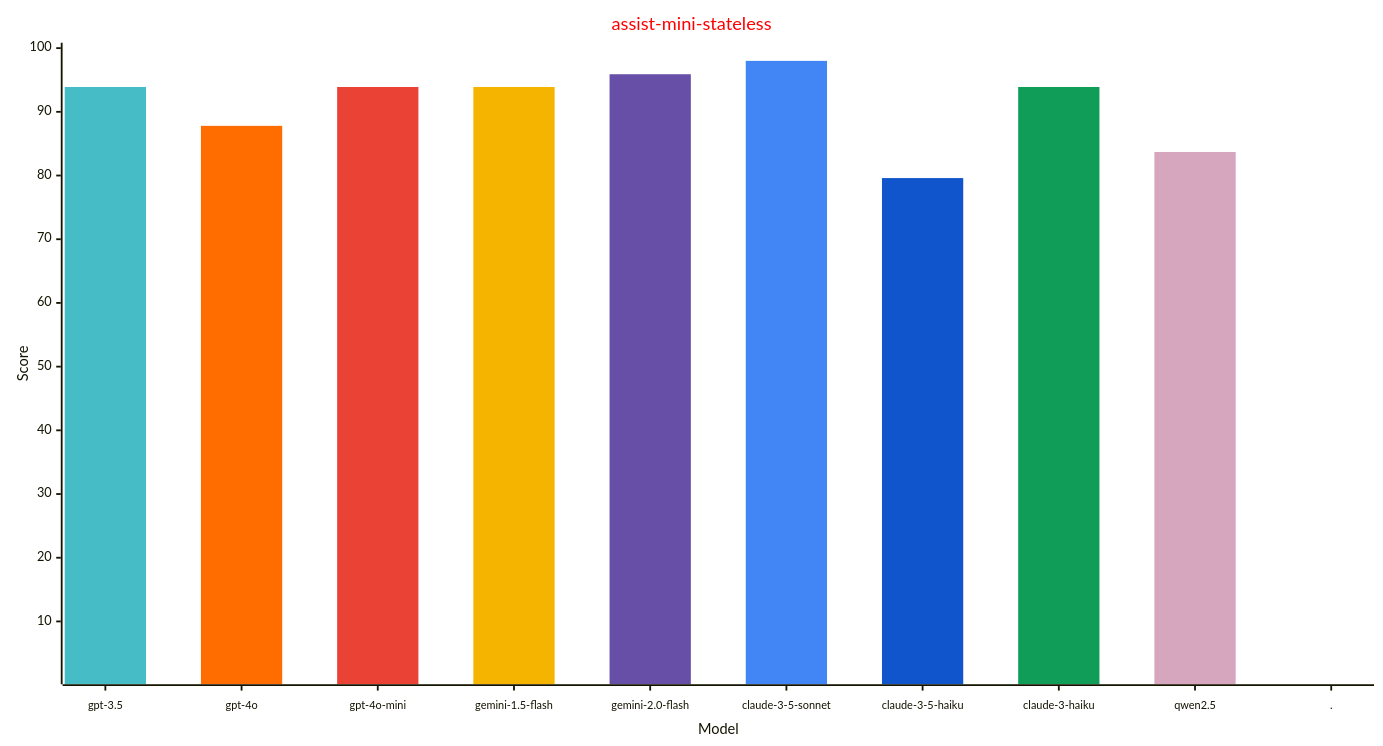
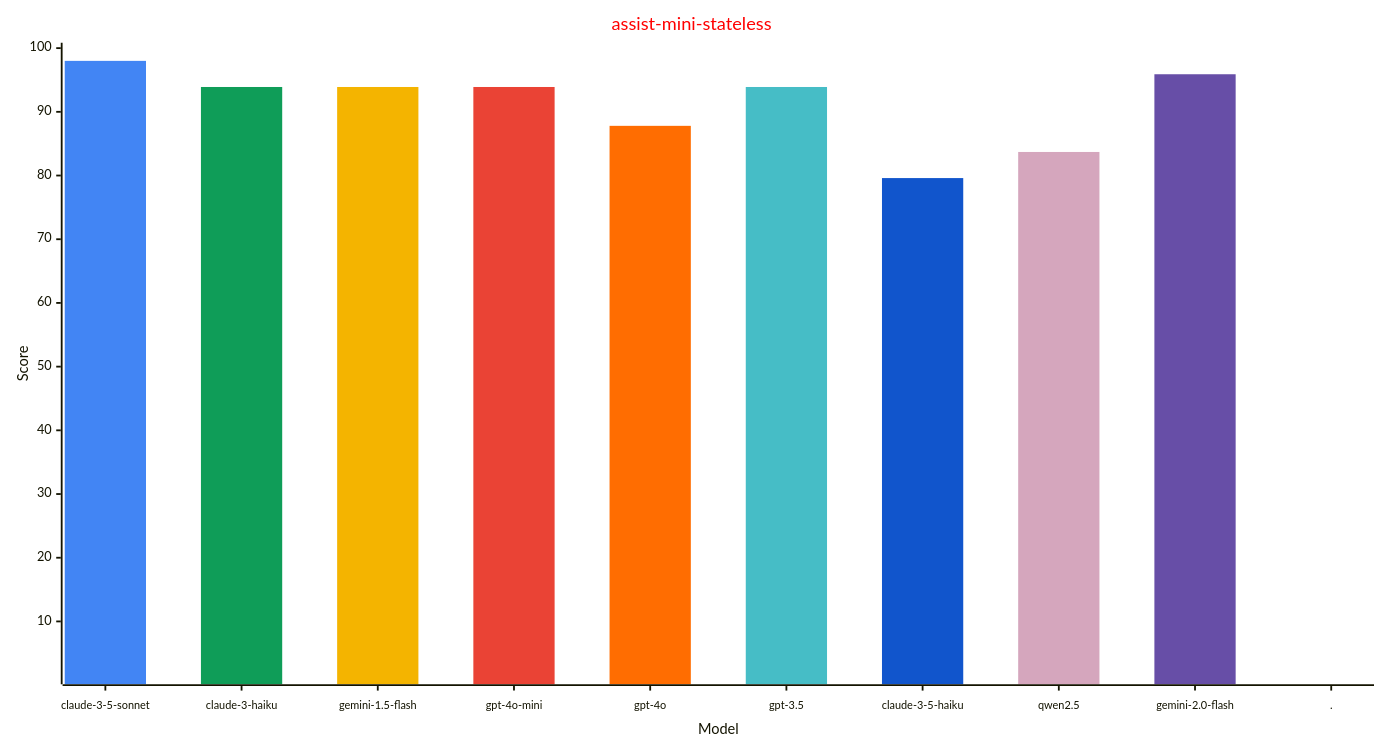
One commit to allenporter/home-assistant-datasets changed the second of 3 diagrams in reports/README.md. Above: the diagram before and after it, drawn with Mermaid. The commit also changed other lines of this file and 1 other file, not shown here.

````diff
--- a/reports/README.md
+++ b/reports/README.md
@@ -97,30 +97,30 @@
 ```mermaid
 ---
 config:
     xyChart:
         width: 1500
         height: 800
         xAxis:
           labelFontSize: 12
           labelPadding: 8
     themeVariables:
         xyChart:
             titleColor: "#ff0000"
-            plotColorPalette: "#46bdc6, #ff6d01, #ea4335, #f4b400, #674ea7, #4285f4, #1155cc, #0f9d58, #d5a6bd, #4285f4"
+            plotColorPalette: "#4285f4, #0f9d58, #f4b400, #ea4335, #ff6d01, #46bdc6, #1155cc, #d5a6bd, #674ea7, #4285f4"
 
 ---
 xychart-beta
   title "assist-mini-stateless"
-  x-axis "Model" [gpt-3.5, gpt-4o, gpt-4o-mini, gemini-1.5-flash, gemini-2.0-flash, claude-3-5-sonnet, claude-3-5-haiku, claude-3-haiku, qwen2.5, .]
+  x-axis "Model" [claude-3-5-sonnet, claude-3-haiku, gemini-1.5-flash, gpt-4o-mini, gpt-4o, gpt-3.5, claude-3-5-haiku, qwen2.5, gemini-2.0-flash, .]
   y-axis "Score" 1 --> 100
-  bar [93.9, 0.0, 0.0, 0.0, 0.0, 0.0, 0.0, 0.0, 0.0, 0.0]
-  bar [0.0, 87.8, 0.0, 0.0, 0.0, 0.0, 0.0, 0.0, 0.0, 0.0]
+  bar [98.0, 0.0, 0.0, 0.0, 0.0, 0.0, 0.0, 0.0, 0.0, 0.0]
+  bar [0.0, 93.9, 0.0, 0.0, 0.0, 0.0, 0.0, 0.0, 0.0, 0.0]
   bar [0.0, 0.0, 93.9, 0.0, 0.0, 0.0, 0.0, 0.0, 0.0, 0.0]
   bar [0.0, 0.0, 0.0, 93.9, 0.0, 0.0, 0.0, 0.0, 0.0, 0.0]
-  bar [0.0, 0.0, 0.0, 0.0, 95.9, 0.0, 0.0, 0.0, 0.0, 0.0]
-  bar [0.0, 0.0, 0.0, 0.0, 0.0, 98.0, 0.0, 0.0, 0.0, 0.0]
+  bar [0.0, 0.0, 0.0, 0.0, 87.8, 0.0, 0.0, 0.0, 0.0, 0.0]
+  bar [0.0, 0.0, 0.0, 0.0, 0.0, 93.9, 0.0, 0.0, 0.0, 0.0]
   bar [0.0, 0.0, 0.0, 0.0, 0.0, 0.0, 79.6, 0.0, 0.0, 0.0]
-  bar [0.0, 0.0, 0.0, 0.0, 0.0, 0.0, 0.0, 93.9, 0.0, 0.0]
-  bar [0.0, 0.0, 0.0, 0.0, 0.0, 0.0, 0.0, 0.0, 83.7, 0.0]
+  bar [0.0, 0.0, 0.0, 0.0, 0.0, 0.0, 0.0, 83.7, 0.0, 0.0]
+  bar [0.0, 0.0, 0.0, 0.0, 0.0, 0.0, 0.0, 0.0, 95.9, 0.0]
   bar [0.0, 0.0, 0.0, 0.0, 0.0, 0.0, 0.0, 0.0, 0.0, -1.0]
 ```
````
